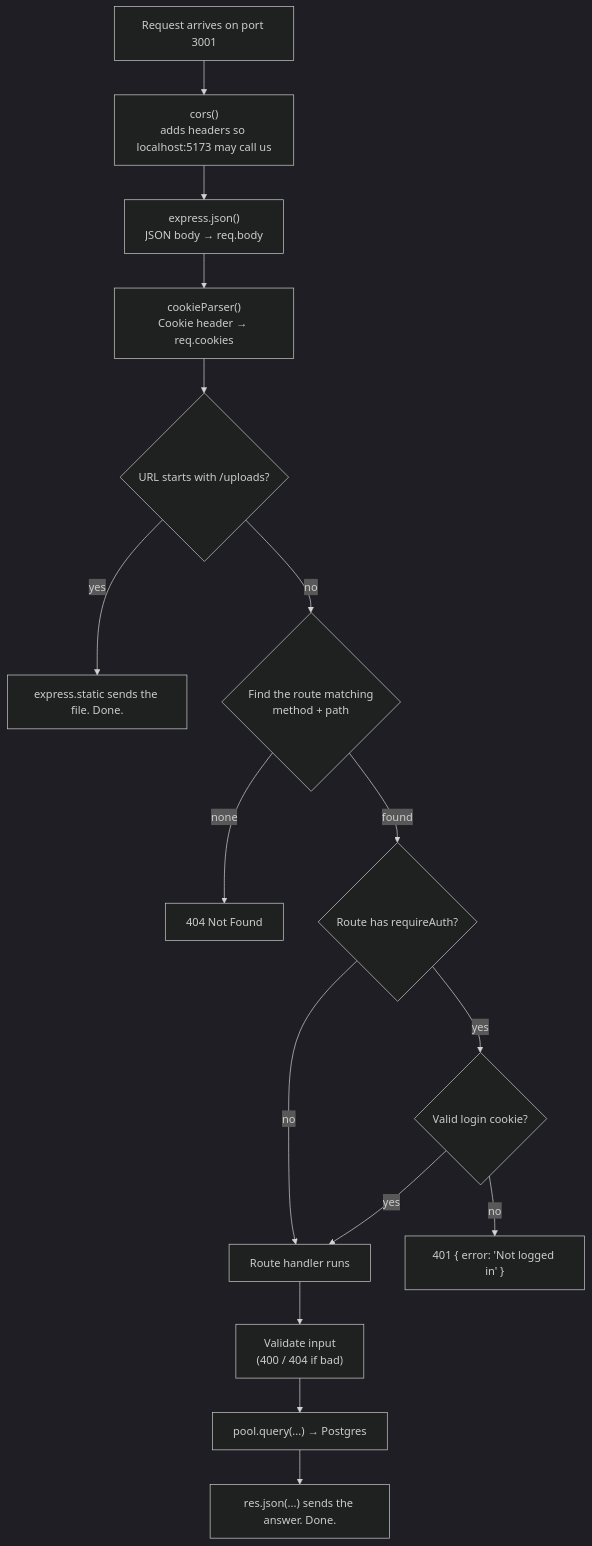
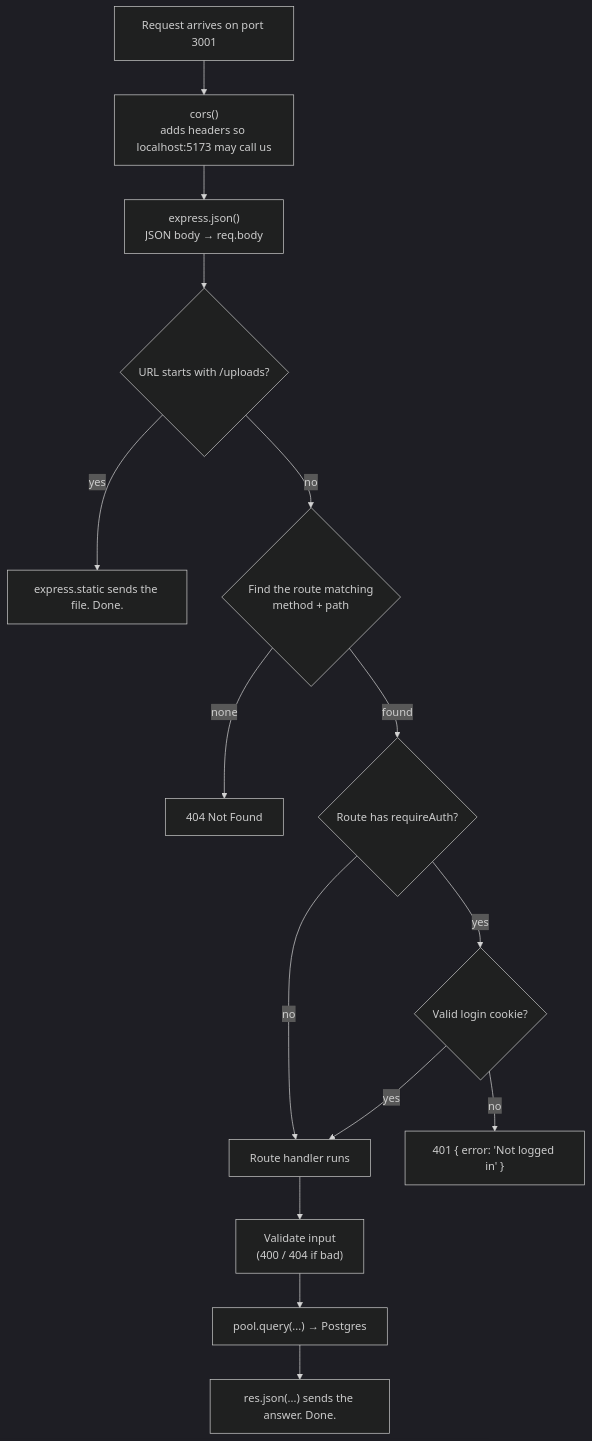
One commit to noelou/cgyballers changed the diagram in docs/SERVER-FLOW.md. Above: the diagram before and after it, drawn with Mermaid (dark theme). The commit also changed other lines of this file and 25 other files, not shown here.

````diff
--- a/docs/SERVER-FLOW.md
+++ b/docs/SERVER-FLOW.md
@@ -86,18 +91,17 @@
 ```mermaid
 flowchart TD
   A[Request arrives on port 3001] --> B["cors()<br/>adds headers so localhost:5173 may call us"]
   B --> C["express.json()<br/>JSON body → req.body"]
-  C --> D["cookieParser()<br/>Cookie header → req.cookies"]
-  D --> E{"URL starts with /uploads?"}
+  C --> E{"URL starts with /uploads?"}
   E -- yes --> F[express.static sends the file. Done.]
   E -- no --> G{"Find the route matching<br/>method + path"}
   G -- none --> H[404 Not Found]
   G -- found --> I{"Route has requireAuth?"}
   I -- no --> K[Route handler runs]
   I -- yes --> J{"Valid login cookie?"}
   J -- no --> L["401 { error: 'Not logged in' }"]
   J -- yes --> K
   K --> M["Validate input<br/>(400 / 404 if bad)"]
   M --> N["pool.query(...) → Postgres"]
   N --> O["res.json(...) sends the answer. Done."]
 ```
````
